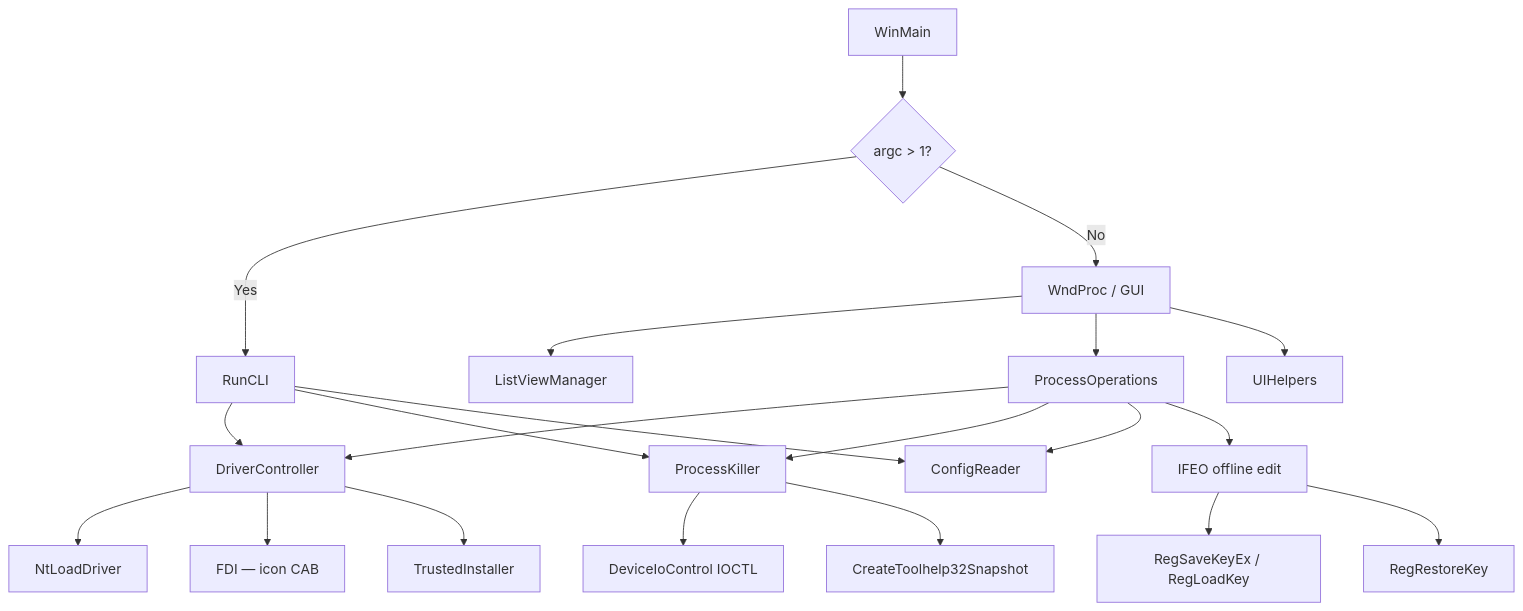
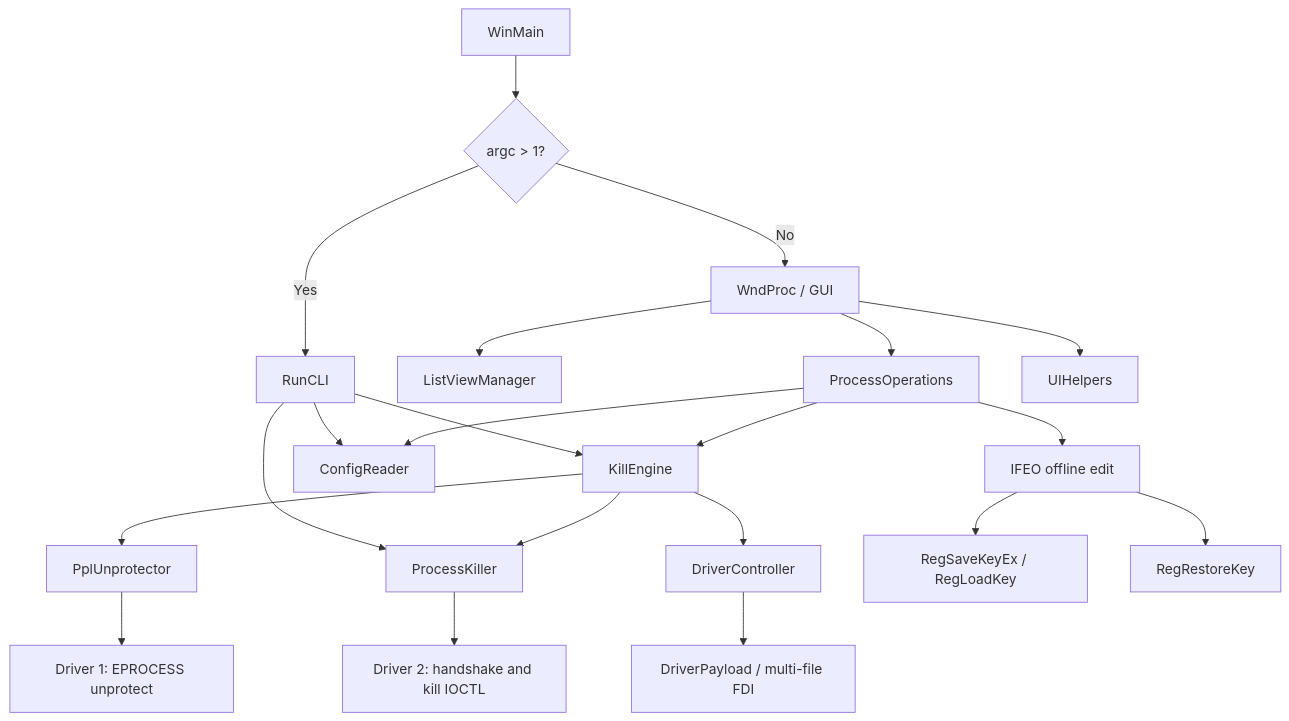
The first of 4 diagrams in README.md (wesmar/kvcKiller), drawn with Mermaid before and after one commit. The commit also changed other lines of this file and 30 other files, not shown here.

````diff
--- a/README.md
+++ b/README.md
@@ -115,23 +137,23 @@
 ```mermaid
 flowchart TD
     A[WinMain] --> B{argc > 1?}
     B -->|Yes| C[RunCLI]
     B -->|No| D[WndProc / GUI]
     D --> E[ListViewManager]
     D --> F[ProcessOperations]
     D --> G[UIHelpers]
-    F --> H[DriverController]
-    F --> I[ProcessKiller]
-    F --> J[ConfigReader]
-    F --> K[IFEO offline edit]
-    H --> L[NtLoadDriver]
-    H --> M[FDI — icon CAB]
-    H --> N[TrustedInstaller]
-    I --> O[DeviceIoControl IOCTL]
-    I --> P[CreateToolhelp32Snapshot]
-    K --> Q[RegSaveKeyEx / RegLoadKey]
-    K --> R[RegRestoreKey]
+    F --> H[KillEngine]
+    H --> I[PplUnprotector]
+    H --> J[ProcessKiller]
+    H --> K[DriverController]
+    K --> L[DriverPayload / multi-file FDI]
+    I --> M[Driver 1: EPROCESS unprotect]
+    J --> N[Driver 2: handshake and kill IOCTL]
+    F --> R[ConfigReader]
+    F --> O[IFEO offline edit]
+    O --> P[RegSaveKeyEx / RegLoadKey]
+    O --> Q[RegRestoreKey]
     C --> H
-    C --> I
     C --> J
+    C --> R
 ```
````
